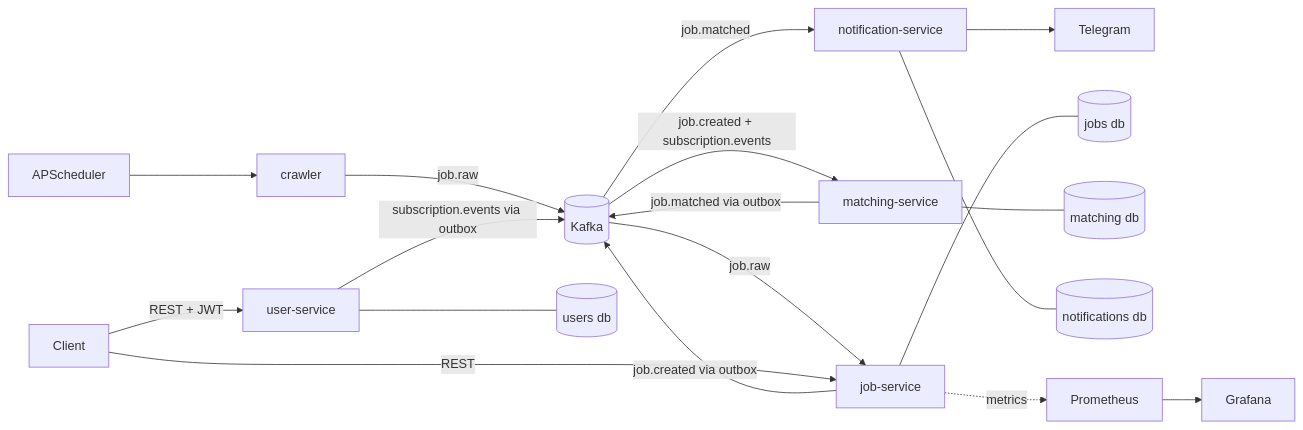
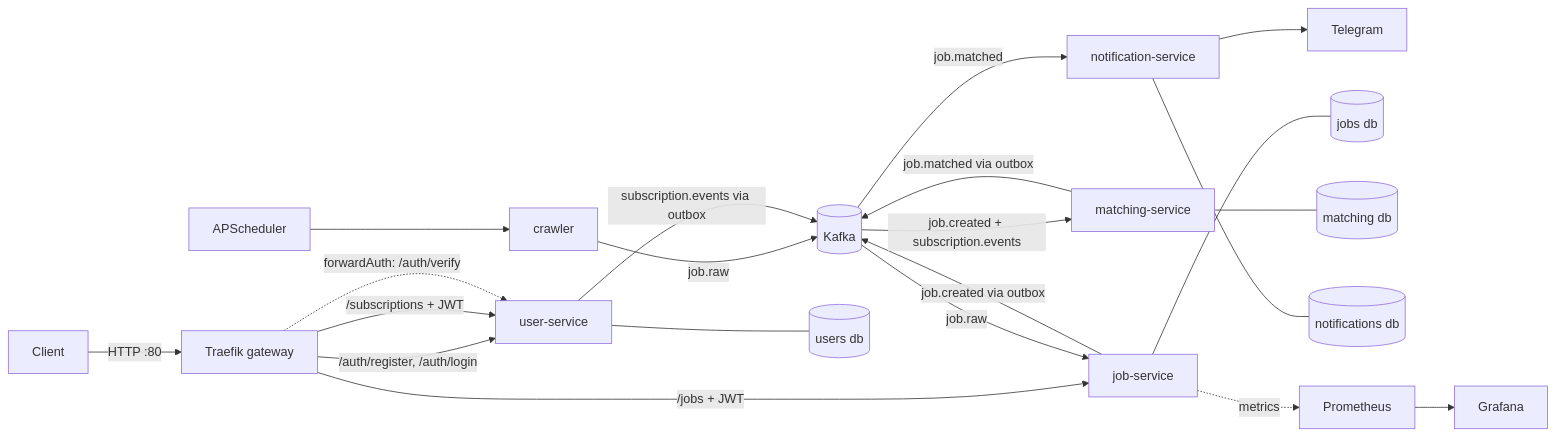
One commit to vandat2614/job-hunter changed the diagram in README.md. Above: the diagram before and after it, drawn with Mermaid. The commit also changed other lines of this file and 1 other file, not shown here.

Commit message:
docs: README for gateway, ADR-0003

````diff
--- a/README.md
+++ b/README.md
@@ -9,19 +9,24 @@
 ```mermaid
 flowchart LR
+    Client -->|HTTP :80| TR[Traefik gateway]
+    TR -->|/auth/register, /auth/login| U[user-service]
+    TR -->|/subscriptions + JWT| U
+    TR -->|/jobs + JWT| J[job-service]
+    TR -.->|forwardAuth: /auth/verify| U
+
     S[APScheduler] --> C[crawler]
     C -->|job.raw| K[(Kafka)]
-    K -->|job.raw| J[job-service]
+    K -->|job.raw| J
     J -->|job.created via outbox| K
-    U[user-service] -->|subscription.events via outbox| K
+    U -->|subscription.events via outbox| K
     K -->|job.created + subscription.events| M[matching-service]
     M -->|job.matched via outbox| K
     K -->|job.matched| N[notification-service]
     N --> T[Telegram]
+
     J --- PJ[(jobs db)]
     U --- PU[(users db)]
     M --- PM[(matching db)]
     N --- PN[(notifications db)]
-    Client -->|REST| J
-    Client -->|REST + JWT| U
     J -.->|metrics| PR[Prometheus] --> G[Grafana]
 ```
````
